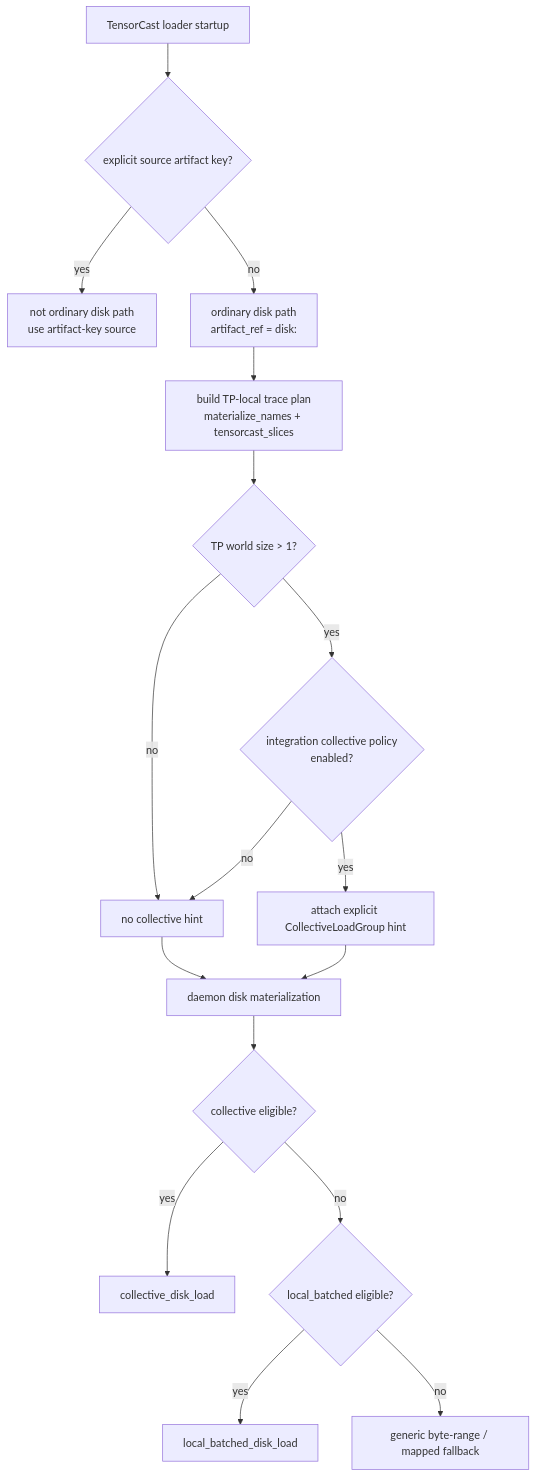
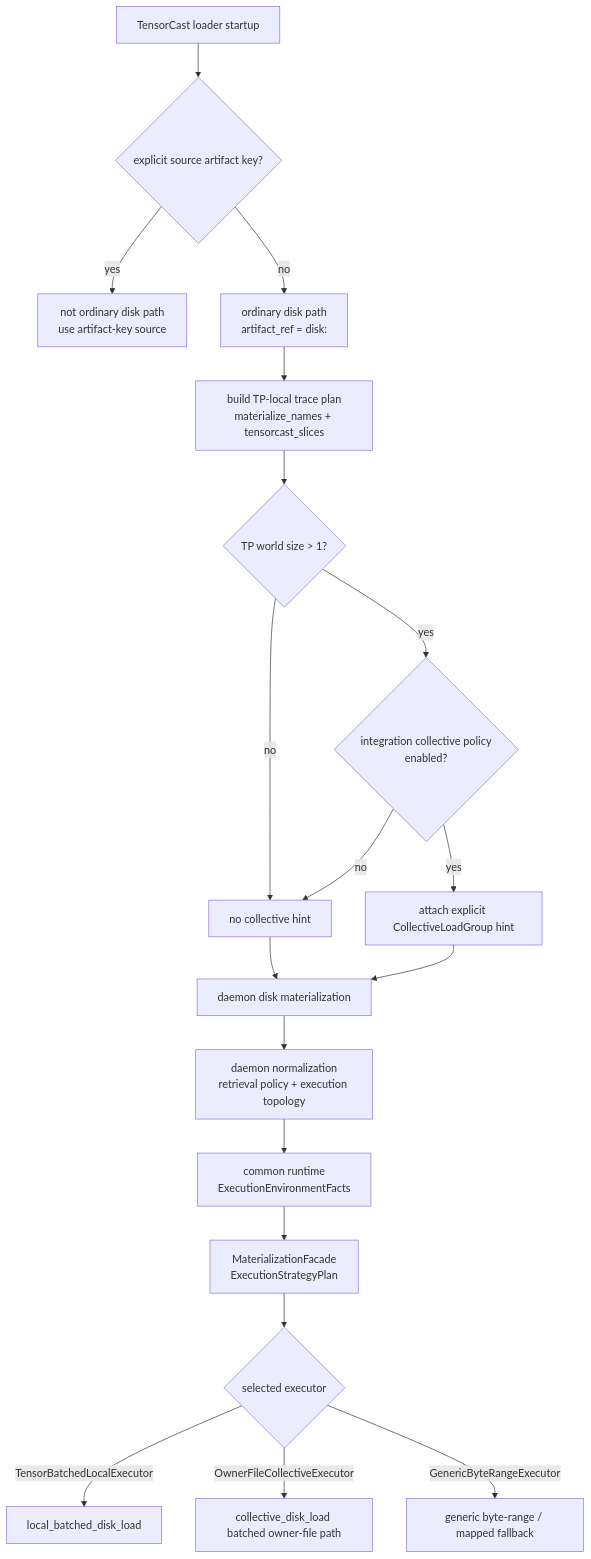
Before and after one commit to tensorcast-ai/tensorcast: the first of 4 diagrams in docs/internals/disk-load-strategy.md, drawn with Mermaid. The commit also changed other lines of this file and 6 other files, not shown here.

Commit message:
feat(store): batch owner-file collective execution

````diff
--- a/docs/internals/disk-load-strategy.md
+++ b/docs/internals/disk-load-strategy.md
@@ -98,22 +114,24 @@
 ```mermaid
 flowchart TD
     A["TensorCast loader startup"] --> B{"explicit source artifact key?"}
     B -- "yes" --> B1["not ordinary disk path\nuse artifact-key source"]
     B -- "no" --> C["ordinary disk path\nartifact_ref = disk:<hf_folder>"]
 
     C --> D["build TP-local trace plan\nmaterialize_names + tensorcast_slices"]
     D --> E{"TP world size > 1?"}
     E -- "no" --> F["no collective hint"]
     E -- "yes" --> G{"integration collective policy\nenabled?"}
     G -- "no" --> F
     G -- "yes" --> H["attach explicit CollectiveLoadGroup hint"]
 
     F --> I["daemon disk materialization"]
     H --> I
 
-    I --> J{"collective eligible?"}
-    J -- "yes" --> K["collective_disk_load"]
-    J -- "no" --> L{"local_batched eligible?"}
-    L -- "yes" --> M["local_batched_disk_load"]
-    L -- "no" --> N["generic byte-range / mapped fallback"]
+    I --> J["daemon normalization<br>retrieval policy + execution topology"]
+    J --> K["common runtime<br>ExecutionEnvironmentFacts"]
+    K --> L["MaterializationFacade<br>ExecutionStrategyPlan"]
+    L --> M{"selected executor"}
+    M -- "TensorBatchedLocalExecutor" --> N["local_batched_disk_load"]
+    M -- "OwnerFileCollectiveExecutor" --> O["collective_disk_load batched owner-file path"]
+    M -- "GenericByteRangeExecutor" --> P["generic byte-range / mapped fallback"]
 ```
````
